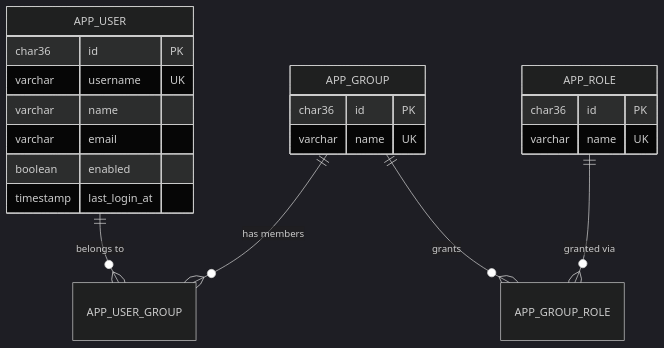
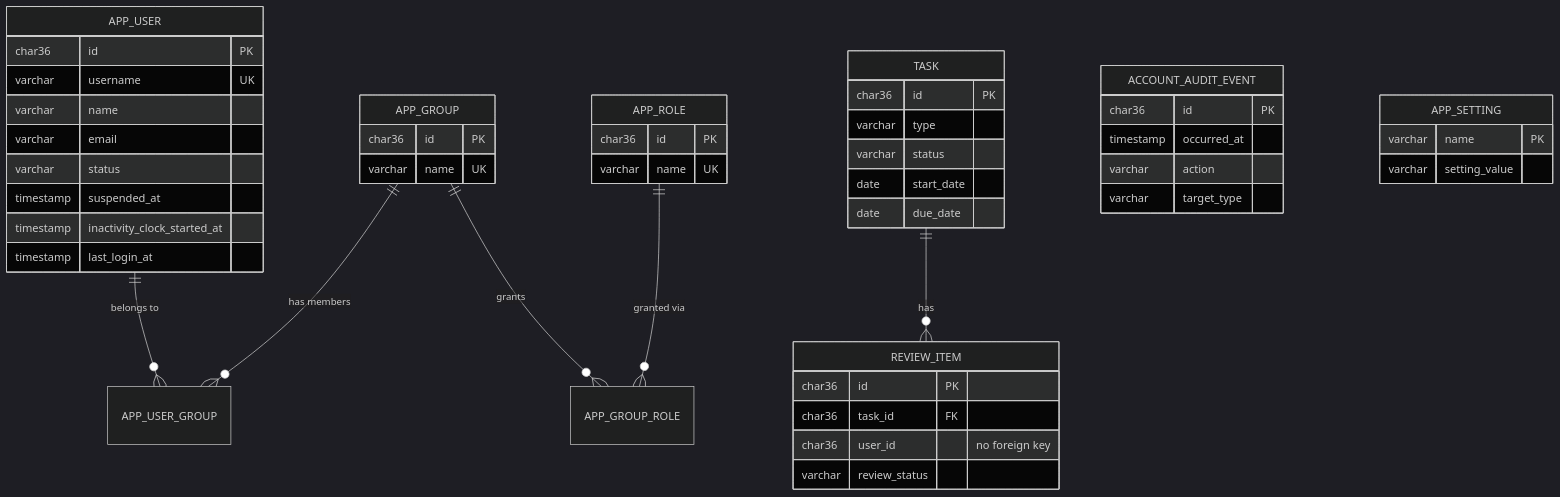
Before and after one commit to justin-tay/java-app-web-api-server-template: the third of 4 diagrams in docs/system-design/05-building-block-view.md, drawn with Mermaid (dark theme). The commit also changed other lines of this file and 15 other files, not shown here.

Commit message:
feat: let administrators maintain account reviewers, and update the design documents for the account review

````diff
--- a/docs/system-design/05-building-block-view.md
+++ b/docs/system-design/05-building-block-view.md
@@ -134,24 +137,50 @@
 ```mermaid
 erDiagram
     APP_USER ||--o{ APP_USER_GROUP : "belongs to"
     APP_GROUP ||--o{ APP_USER_GROUP : "has members"
     APP_GROUP ||--o{ APP_GROUP_ROLE : "grants"
     APP_ROLE ||--o{ APP_GROUP_ROLE : "granted via"
+    TASK ||--o{ REVIEW_ITEM : "has"
 
     APP_USER {
         char36 id PK
         varchar username UK
         varchar name
         varchar email
-        boolean enabled
+        varchar status
+        timestamp suspended_at
+        timestamp inactivity_clock_started_at
         timestamp last_login_at
     }
     APP_GROUP {
         char36 id PK
         varchar name UK
     }
     APP_ROLE {
         char36 id PK
         varchar name UK
     }
+    TASK {
+        char36 id PK
+        varchar type
+        varchar status
+        date start_date
+        date due_date
+    }
+    REVIEW_ITEM {
+        char36 id PK
+        char36 task_id FK
+        char36 user_id "no foreign key"
+        varchar review_status
+    }
+    ACCOUNT_AUDIT_EVENT {
+        char36 id PK
+        timestamp occurred_at
+        varchar action
+        varchar target_type
+    }
+    APP_SETTING {
+        varchar name PK
+        varchar setting_value
+    }
 ```
````
